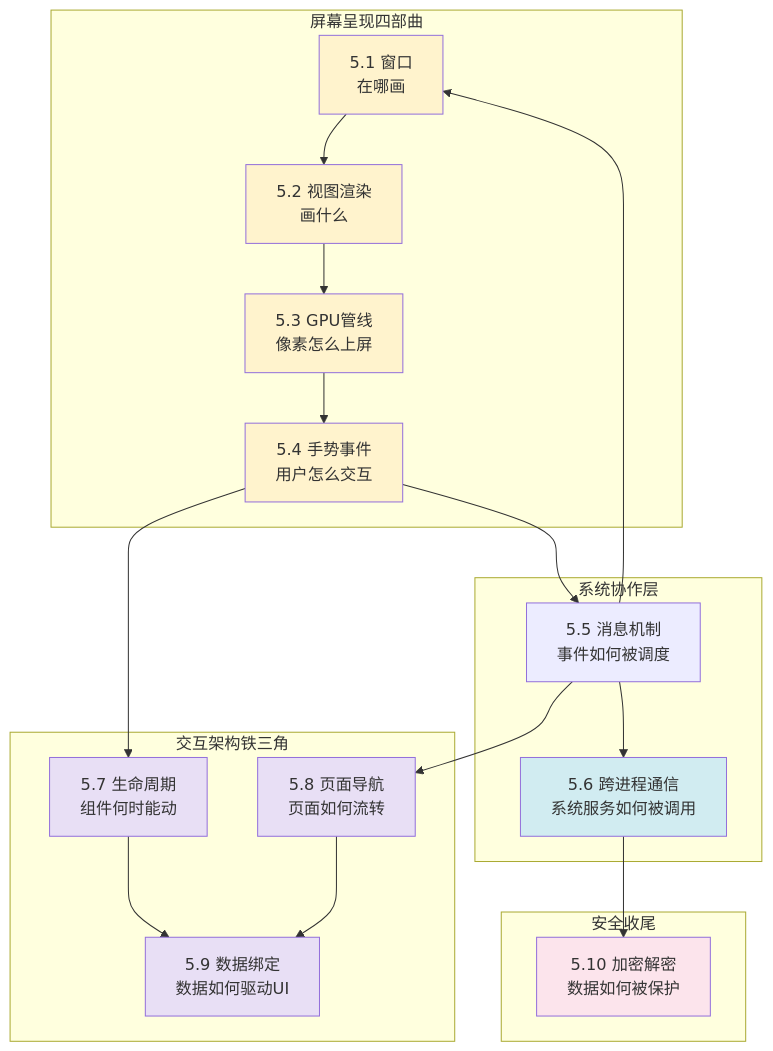
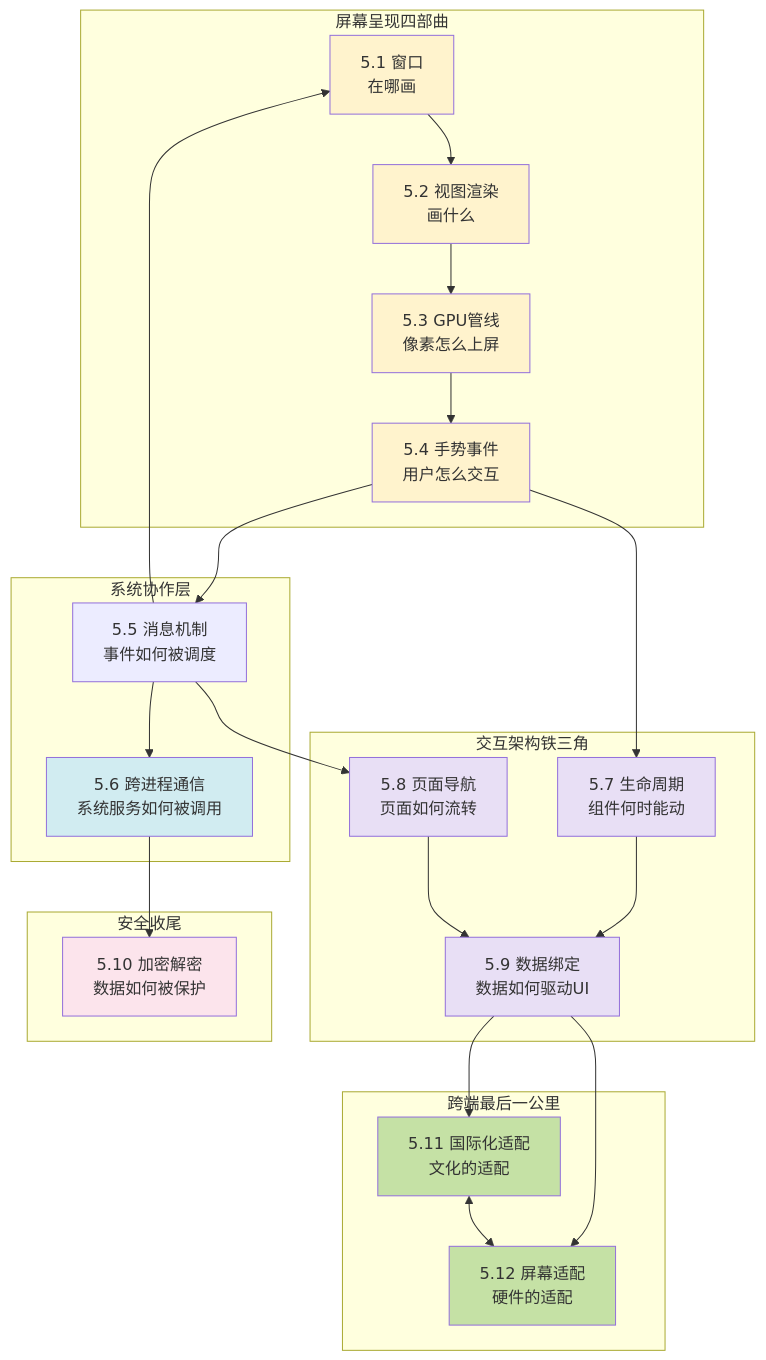
Before and after one commit to chongyang211/YCBookBlog: the diagram in packages/website/07.内功/06.交互和系统/00.README.md, drawn with Mermaid. The commit also changed other lines of this file and 11 other files, not shown here.

````diff
--- a/packages/website/07.内功/06.交互和系统/00.README.md
+++ b/packages/website/07.内功/06.交互和系统/00.README.md
@@ -59,37 +62,46 @@
 ```mermaid
 flowchart TB
     subgraph 屏幕呈现四部曲[" 屏幕呈现四部曲 "]
         A["5.1 窗口<br/>"在哪画""]
         B["5.2 视图渲染<br/>"画什么""]
         BB["5.3 GPU管线<br/>"像素怎么上屏""]
         C["5.4 手势事件<br/>"用户怎么交互""]
     end
     subgraph 交互架构铁三角[" 交互架构铁三角 "]
         LC["5.7 生命周期<br/>"组件何时能动""]
         NAV["5.8 页面导航<br/>"页面如何流转""]
         REACT["5.9 数据绑定<br/>"数据如何驱动UI""]
     end
     subgraph 系统协作[" 系统协作层 "]
         D["5.5 消息机制<br/>事件如何被调度"]
         F["5.6 跨进程通信<br/>系统服务如何被调用"]
     end
     subgraph 安全收尾[" 安全收尾 "]
         E["5.10 加密解密<br/>数据如何被保护"]
     end
+    subgraph 最后一公里[" 跨端最后一公里 "]
+        I18N["5.11 国际化适配<br/>文化的适配"]
+        SCREEN["5.12 屏幕适配<br/>硬件的适配"]
+    end
     A --> B --> BB --> C --> D
     D --> A
     C --> LC
     D --> NAV
     LC & NAV --> REACT
     D --> F
     F --> E
+    REACT --> I18N
+    REACT --> SCREEN
+    I18N <--> SCREEN
     style A fill:#fff3cd
     style B fill:#fff3cd
     style BB fill:#fff3cd
     style C fill:#fff3cd
     style LC fill:#e8dff5
     style NAV fill:#e8dff5
     style REACT fill:#e8dff5
     style F fill:#d1ecf1
     style E fill:#fce4ec
+    style I18N fill:#c5e1a5
+    style SCREEN fill:#c5e1a5
 ```
````
